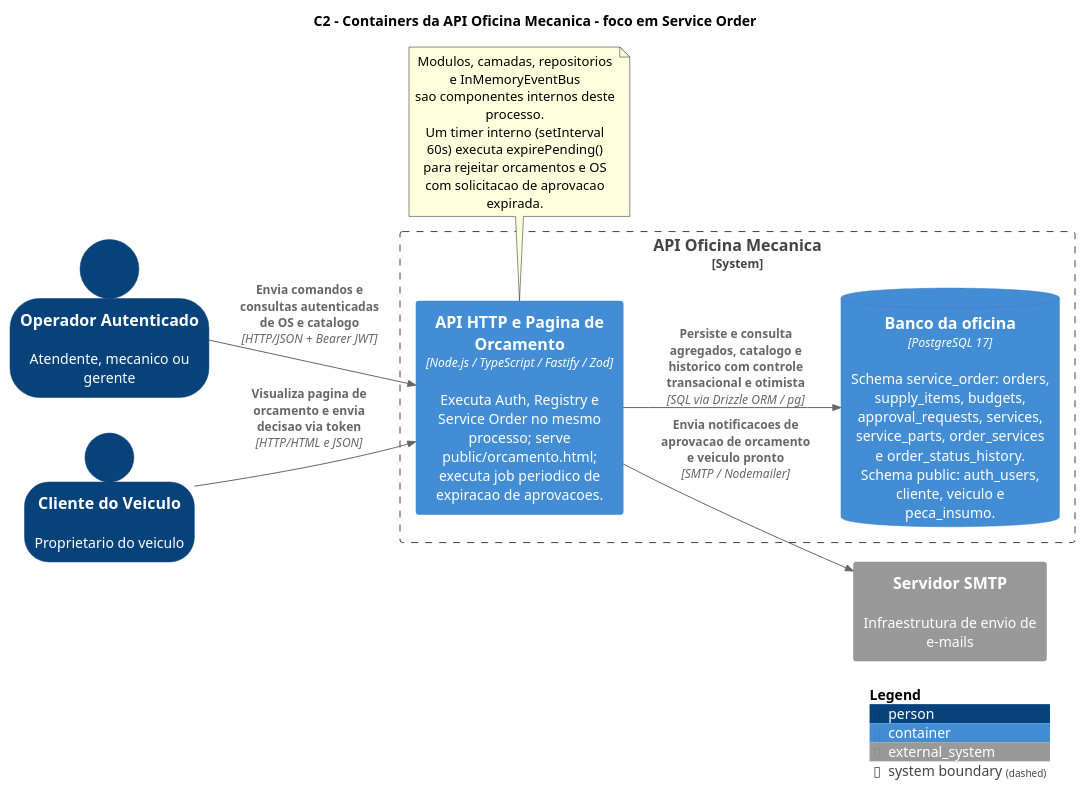
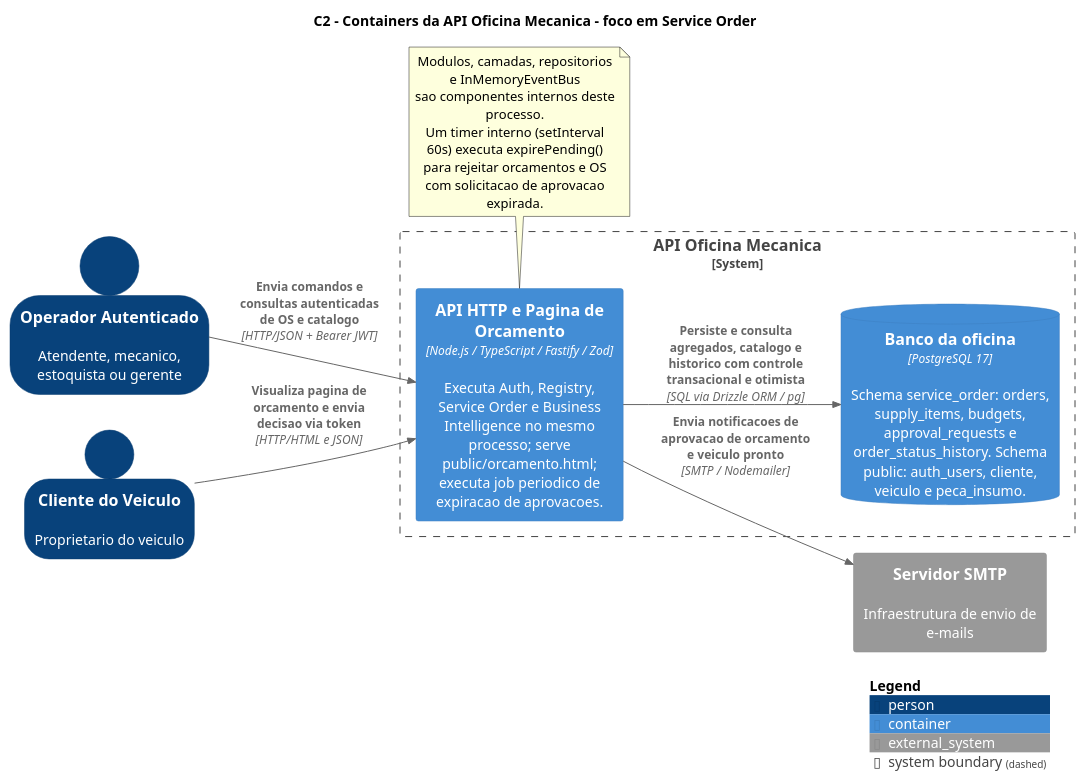
One commit to 15soat-fiap-45/api.mecanica changed the diagram in docs/plantuml/c4-service-order-containers.puml. Above: the diagram before and after it, drawn with PlantUML. The commit also changed 13 other files, not shown here.

First line of the commit message:
docs(architecture): align diagrams and setup docs with current API

```diff
--- a/docs/plantuml/c4-service-order-containers.puml
+++ b/docs/plantuml/c4-service-order-containers.puml
@@ -1,29 +1,29 @@
 @startuml service_order_c2_containers
 !include https://raw.githubusercontent.com/plantuml-stdlib/C4-PlantUML/master/C4_Container.puml
 title C2 - Containers da API Oficina Mecanica - foco em Service Order
 LAYOUT_LEFT_RIGHT()
 SHOW_PERSON_OUTLINE()
 
-Person(operator, "Operador Autenticado", "Atendente, mecanico ou gerente")
+Person(operator, "Operador Autenticado", "Atendente, mecanico, estoquista ou gerente")
 Person(customer, "Cliente do Veiculo", "Proprietario do veiculo")
 
 System_Boundary(workshop, "API Oficina Mecanica") {
-  Container(api, "API HTTP e Pagina de Orcamento", "Node.js / TypeScript / Fastify / Zod", "Executa Auth, Registry e Service Order no mesmo processo; serve public/orcamento.html; executa job periodico de expiracao de aprovacoes.")
-  ContainerDb(database, "Banco da oficina", "PostgreSQL 17", "Schema service_order: orders, supply_items, budgets, approval_requests, services, service_parts, order_services e order_status_history. Schema public: auth_users, cliente, veiculo e peca_insumo.")
+  Container(api, "API HTTP e Pagina de Orcamento", "Node.js / TypeScript / Fastify / Zod", "Executa Auth, Registry, Service Order e Business Intelligence no mesmo processo; serve public/orcamento.html; executa job periodico de expiracao de aprovacoes.")
+  ContainerDb(database, "Banco da oficina", "PostgreSQL 17", "Schema service_order: orders, supply_items, budgets, approval_requests e order_status_history. Schema public: auth_users, cliente, veiculo e peca_insumo.")
 }
 
 System_Ext(smtp, "Servidor SMTP", "Infraestrutura de envio de e-mails")
 
 Rel(operator, api, "Envia comandos e consultas autenticadas de OS e catalogo", "HTTP/JSON + Bearer JWT")
 Rel(customer, api, "Visualiza pagina de orcamento e envia decisao via token", "HTTP/HTML e JSON")
 Rel(api, database, "Persiste e consulta agregados, catalogo e historico com controle transacional e otimista", "SQL via Drizzle ORM / pg")
 Rel(api, smtp, "Envia notificacoes de aprovacao de orcamento e veiculo pronto", "SMTP / Nodemailer")
 
 note bottom of api
   Modulos, camadas, repositorios e InMemoryEventBus
   sao componentes internos deste processo.
   Um timer interno (setInterval 60s) executa expirePending()
   para rejeitar orcamentos e OS com solicitacao de aprovacao expirada.
 end note
 SHOW_LEGEND()
 @enduml
```
